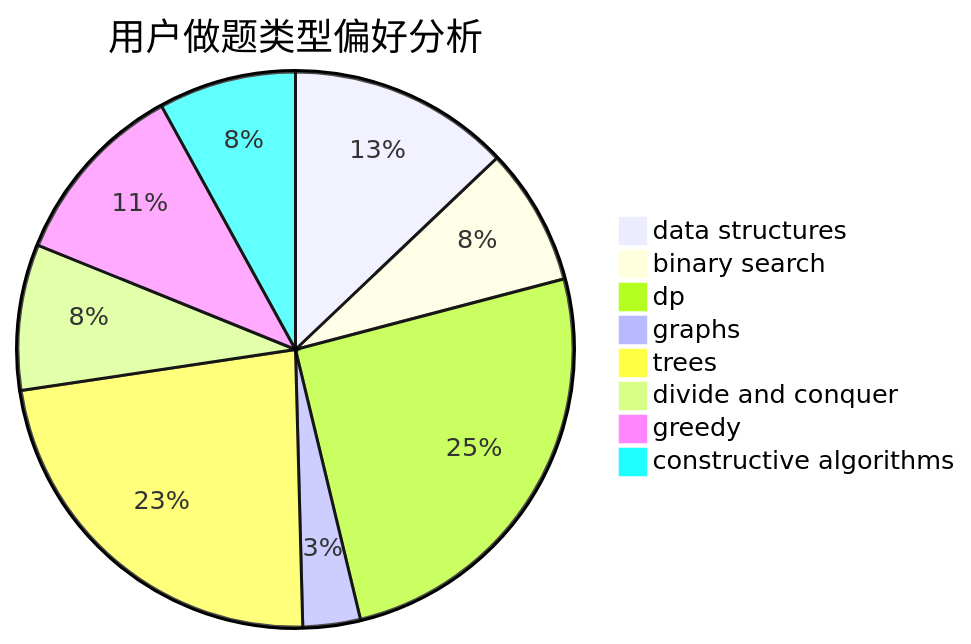
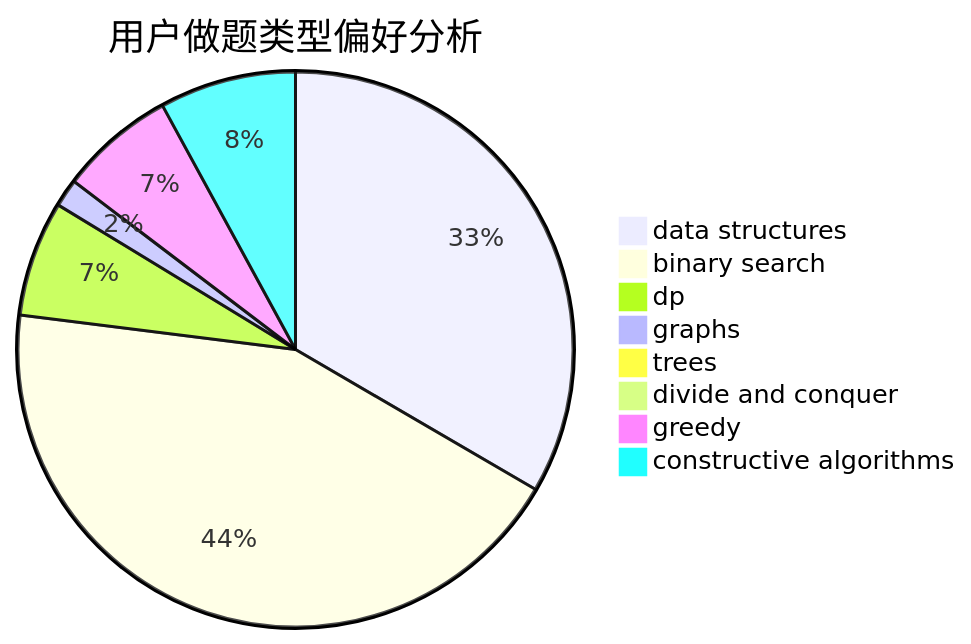
One commit to sherpahu/cfrs.github.io changed the second of 3 diagrams in docs/user/u903.md. Above: the diagram before and after it, drawn with Mermaid. The commit also changed other lines of this file and 2770 other files, not shown here.

````diff
--- a/docs/user/u903.md
+++ b/docs/user/u903.md
@@ -23,11 +23,11 @@
 ```mermaid
 pie title 用户做题类型偏好分析
-    "data structures" :  108
-    "binary search" :  67
-    "dp" :  212
-    "graphs" :  28
-    "trees" :  193
-    "divide and conquer" :  71
-    "greedy" :  91
-    "constructive algorithms" :  67
+    "data structures" :  164
+    "binary search" :  214
+    "dp" :  33
+    "graphs" :  8
+    "trees" :  0
+    "divide and conquer" :  0
+    "greedy" :  33
+    "constructive algorithms" :  39
 ```
````
